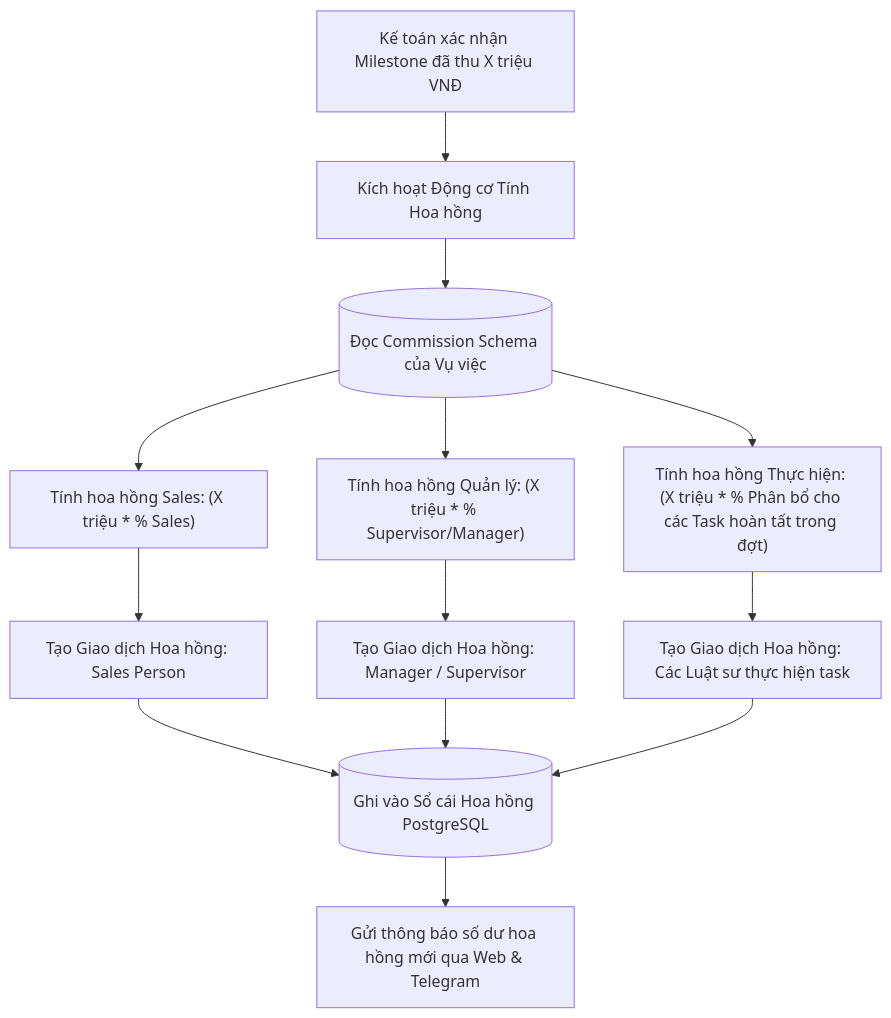
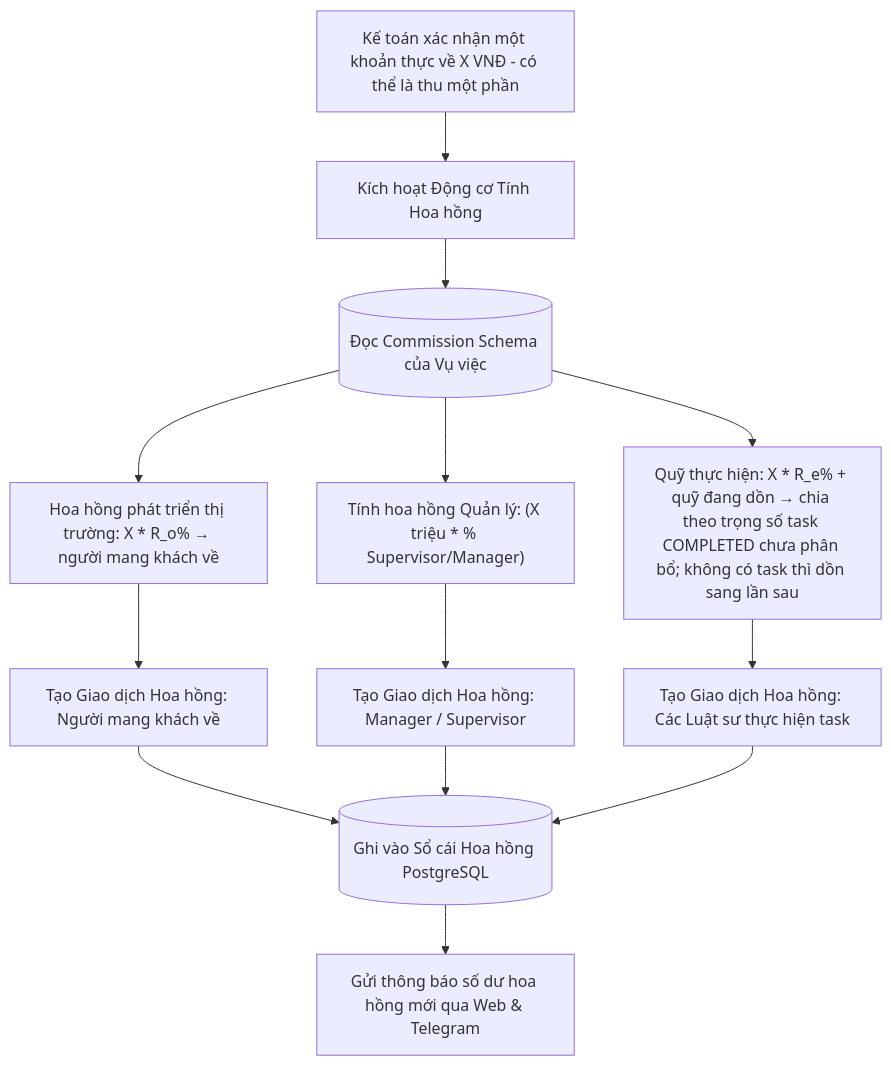
One commit to namth/asl-erp-v2 changed the fourth of 5 diagrams in docs/04-user-flows.md. Above: the diagram before and after it, drawn with Mermaid. The commit also changed other lines of this file and 84 other files, not shown here.

````diff
--- a/docs/04-user-flows.md
+++ b/docs/04-user-flows.md
@@ -92,16 +99,16 @@
 ```mermaid
 flowchart TD
-    AcctConfirm[Kế toán xác nhận Milestone đã thu X triệu VNĐ] --> TriggerEngine[Kích hoạt Động cơ Tính Hoa hồng]
+    AcctConfirm[Kế toán xác nhận một khoản thực về X VNĐ - có thể là thu một phần] --> TriggerEngine[Kích hoạt Động cơ Tính Hoa hồng]
     
     TriggerEngine --> FetchSchema[(Đọc Commission Schema của Vụ việc)]
-    FetchSchema --> CalcSales["Tính hoa hồng Sales: (X triệu * % Sales)"]
+    FetchSchema --> CalcSales["Hoa hồng phát triển thị trường: X * R_o% → người mang khách về"]
     FetchSchema --> CalcSuper["Tính hoa hồng Quản lý: (X triệu * % Supervisor/Manager)"]
-    FetchSchema --> CalcExec["Tính hoa hồng Thực hiện: (X triệu * % Phân bổ cho các Task hoàn tất trong đợt)"]
+    FetchSchema --> CalcExec["Quỹ thực hiện: X * R_e% + quỹ đang dồn → chia theo trọng số task COMPLETED chưa phân bổ; không có task thì dồn sang lần sau"]
     
-    CalcSales --> GenTx1[Tạo Giao dịch Hoa hồng: Sales Person]
+    CalcSales --> GenTx1[Tạo Giao dịch Hoa hồng: Người mang khách về]
     CalcSuper --> GenTx2[Tạo Giao dịch Hoa hồng: Manager / Supervisor]
     CalcExec --> GenTx3[Tạo Giao dịch Hoa hồng: Các Luật sư thực hiện task]
     
     GenTx1 & GenTx2 & GenTx3 --> UpdateLedger[(Ghi vào Sổ cái Hoa hồng PostgreSQL)]
     UpdateLedger --> NotifyUsers[Gửi thông báo số dư hoa hồng mới qua Web & Telegram]
 ```
````
